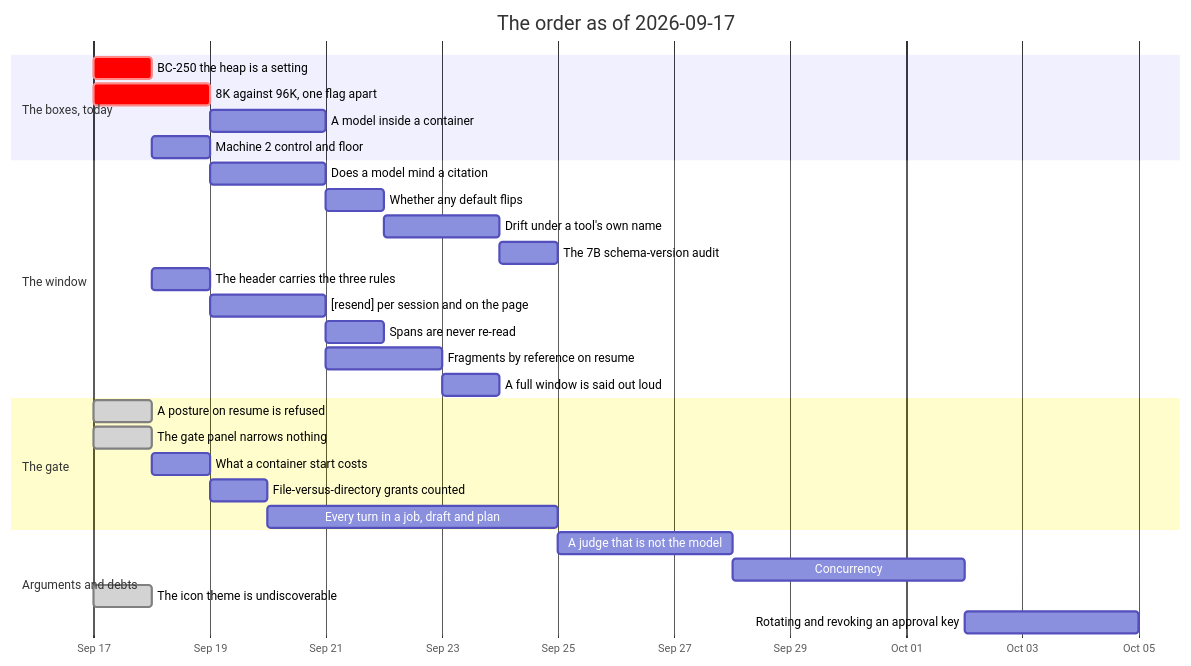
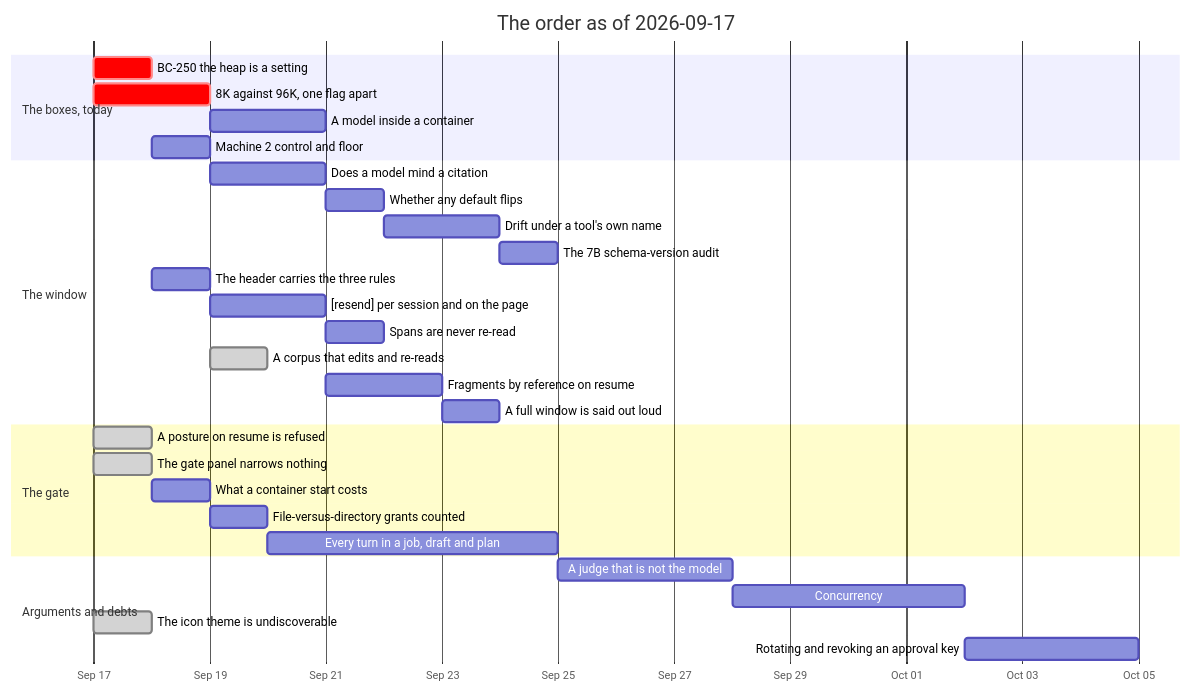
One commit to jgermade/luu changed the diagram in ROADMAP/2026-09-17/README.md. Above: the diagram before and after it, drawn with Mermaid. The commit also changed other lines of this file and 19 other files, not shown here.

````diff
--- a/ROADMAP/2026-09-17/README.md
+++ b/ROADMAP/2026-09-17/README.md
@@ -149,32 +149,33 @@
 ```mermaid
 gantt
     title The order as of 2026-09-17
     dateFormat YYYY-MM-DD
     axisFormat %b %d
     section The boxes, today
     BC-250 the heap is a setting           :crit, gtt, 2026-09-17, 1d
     8K against 96K, one flag apart         :crit, ctx, 2026-09-17, 2d
     A model inside a container             :ctr, after ctx, 2d
     Machine 2 control and floor            :m2, after gtt, 1d
     section The window
     Does a model mind a citation           :cite, after ctx, 2d
     Whether any default flips              :flip, after cite, 1d
     Drift under a tool's own name          :drift, after flip, 2d
     The 7B schema-version audit            :audit, after drift, 1d
     The header carries the three rules     :hdr, 2026-09-18, 1d
     [resend] per session and on the page   :resend, after hdr, 2d
     Spans are never re-read                :stale, after resend, 1d
+    A corpus that edits and re-reads       :done, corpus, 2026-09-19, 1d
     Fragments by reference on resume       :frag, after resend, 2d
     A full window is said out loud         :full, after frag, 1d
     section The gate
     A posture on resume is refused         :done, posture, 2026-09-17, 1d
     The gate panel narrows nothing         :done, panel, 2026-09-17, 1d
     What a container start costs           :cost, after panel, 1d
     File-versus-directory grants counted   :grants, after cost, 1d
     Every turn in a job, draft and plan    :jobs, after grants, 5d
     section Arguments and debts
     A judge that is not the model          :judge, after audit, 3d
     Concurrency                            :conc, after judge, 4d
     The icon theme is undiscoverable       :done, icon, 2026-09-17, 1d
     Rotating and revoking an approval key  :keys, after conc, 3d
 ```
````
